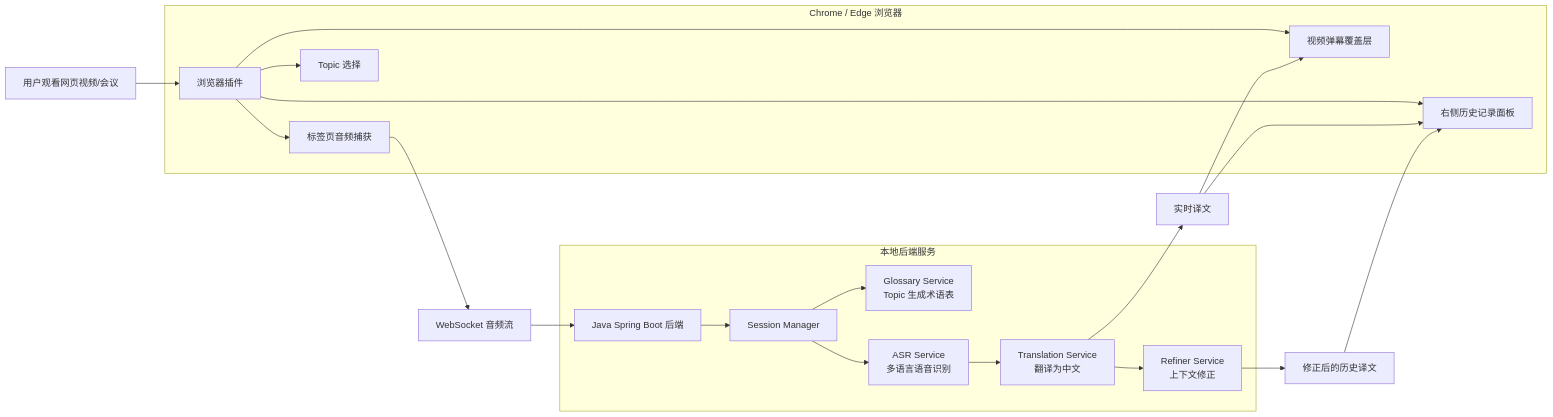
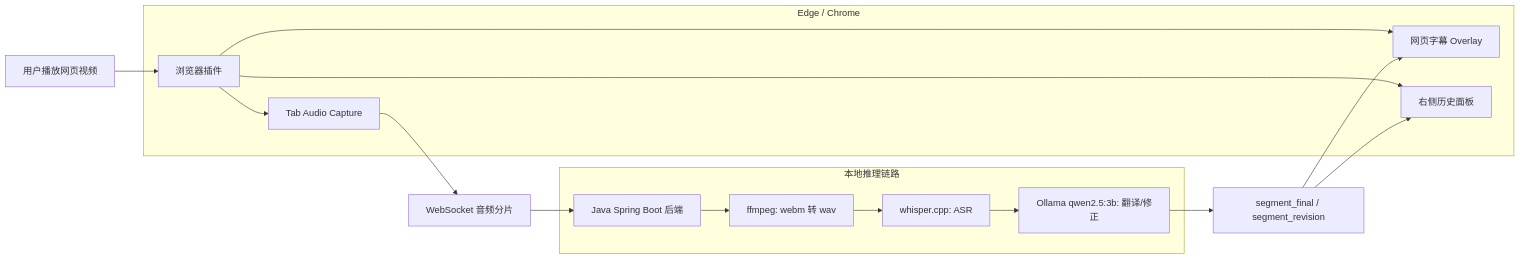
The diagram in README.md (hangover43/AI_Simultaneous_Interpretation_Assistant), drawn with Mermaid before and after one commit. The commit also changed other lines of this file and 24 other files, not shown here.

First line of the commit message:
实现本地 Ollama + whisper.cpp 的网页视频实时翻译链路，并修复插件权限、字幕注入和音频捕获流程

````diff
--- a/README.md
+++ b/README.md
@@ -45,29 +63,23 @@
 ```mermaid
 flowchart LR
-    User["用户观看网页视频/会议"] --> Plugin["浏览器插件"]
+    User["用户播放网页视频"] --> Extension["浏览器插件"]
 
-    subgraph Browser["Chrome / Edge 浏览器"]
-        Plugin --> Capture["标签页音频捕获"]
-        Plugin --> Overlay["视频弹幕覆盖层"]
-        Plugin --> Panel["右侧历史记录面板"]
-        Plugin --> Topic["Topic 选择"]
+    subgraph Browser["Edge / Chrome"]
+        Extension --> Capture["Tab Audio Capture"]
+        Extension --> Overlay["网页字幕 Overlay"]
+        Extension --> Panel["右侧历史面板"]
     end
 
-    Capture --> WS["WebSocket 音频流"]
+    Capture --> WS["WebSocket 音频分片"]
     WS --> Backend["Java Spring Boot 后端"]
 
-    subgraph Server["本地后端服务"]
-        Backend --> Session["Session Manager"]
-        Session --> Glossary["Glossary Service\nTopic 生成术语表"]
-        Session --> ASR["ASR Service\n多语言语音识别"]
-        ASR --> Translator["Translation Service\n翻译为中文"]
-        Translator --> Refiner["Refiner Service\n上下文修正"]
+    subgraph LocalPipeline["本地推理链路"]
+        Backend --> Ffmpeg["ffmpeg: webm 转 wav"]
+        Ffmpeg --> Whisper["whisper.cpp: ASR"]
+        Whisper --> Ollama["Ollama qwen2.5:3b: 翻译/修正"]
     end
 
-    Translator --> LiveResult["实时译文"]
-    Refiner --> RevisedResult["修正后的历史译文"]
-
-    LiveResult --> Overlay
-    LiveResult --> Panel
-    RevisedResult --> Panel
+    Ollama --> Segment["segment_final / segment_revision"]
+    Segment --> Overlay
+    Segment --> Panel
 ```
````
